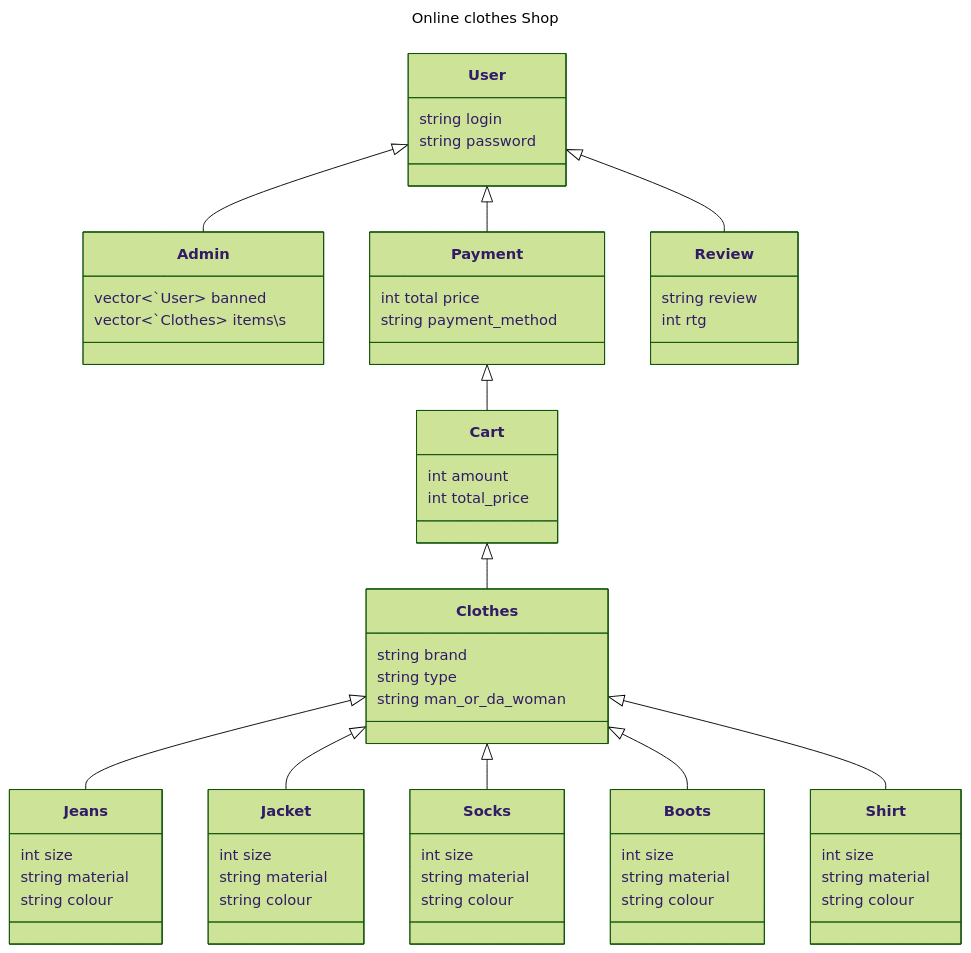
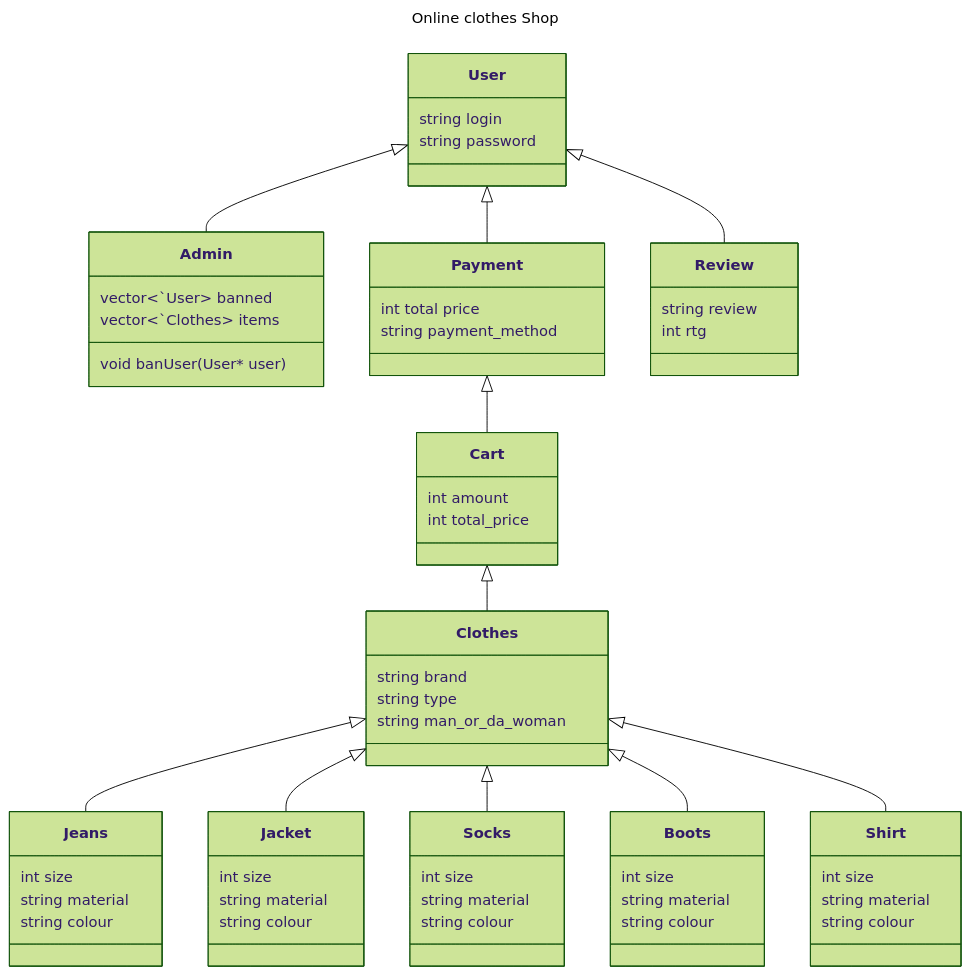
The diagram in README.md (octolss/team_lead), drawn with Mermaid (forest theme) before and after one commit.

````diff
--- a/README.md
+++ b/README.md
@@ -1,80 +1,82 @@
 ```mermaid
 ---
 title: Online clothes Shop
 ---
 classDiagram
     User<|--Admin
     Payment <|-- Cart
     User <|-- Payment
     User<|--Review
     Cart <|-- Clothes
     Clothes <|-- Jeans
     Clothes <|-- Jacket
     Clothes <|-- Socks
     Clothes <|-- Boots
     Clothes <|-- Shirt
 
 
     class User{
         string login
         string password
     }
 
     class Admin{
         vector<`User> banned
-        vector<`Clothes> items\s
+        vector<`Clothes> items
+
+        void banUser(User* user)
     }
 
     class Clothes{
         string brand
         string type
         string man_or_da_woman
     }
 
     class Review{
         string review
         int rtg
     }
 
     class Cart{
         int amount
         int total_price
     }
 
     class Payment{
         int total price
         string payment_method
     }
 
     class Jeans{
         int size
         string material
         string colour
     }
 
     class Jacket{
         int size
         string material
         string colour
     }
 
     class Socks{
         int size
         string material
         string colour
     }
 
     class Boots{
         int size
         string material
         string colour
     }
 
     class Shirt{
         int size
         string material
         string colour
     }
     
 
 ```
````
